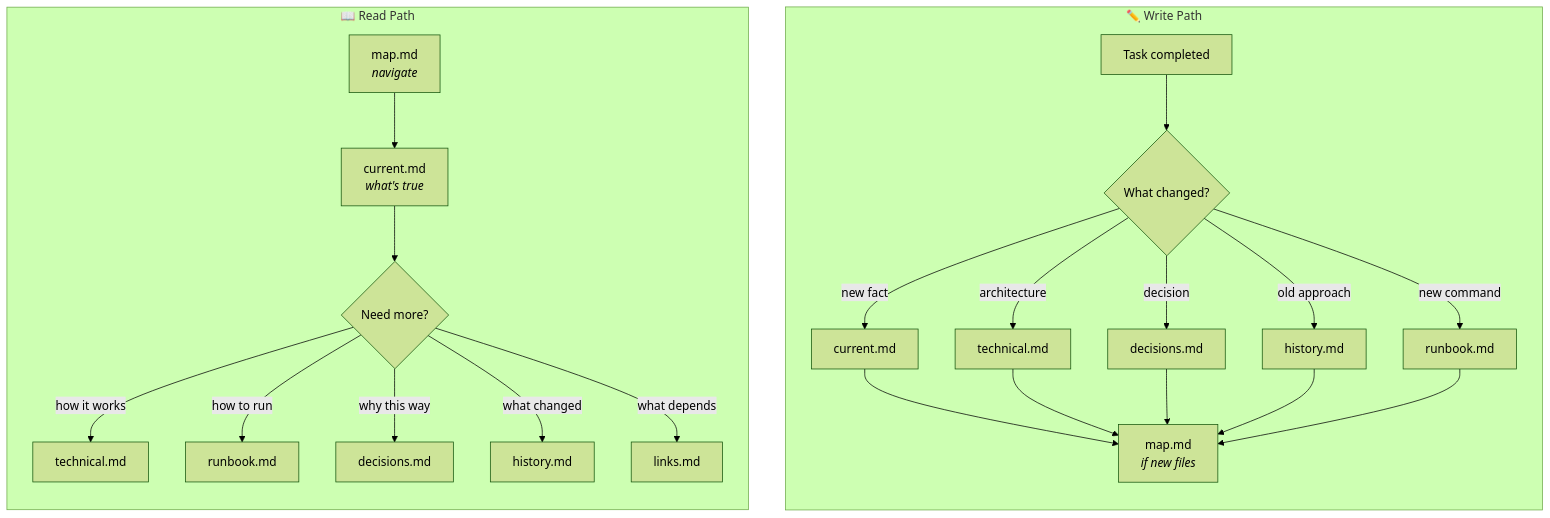
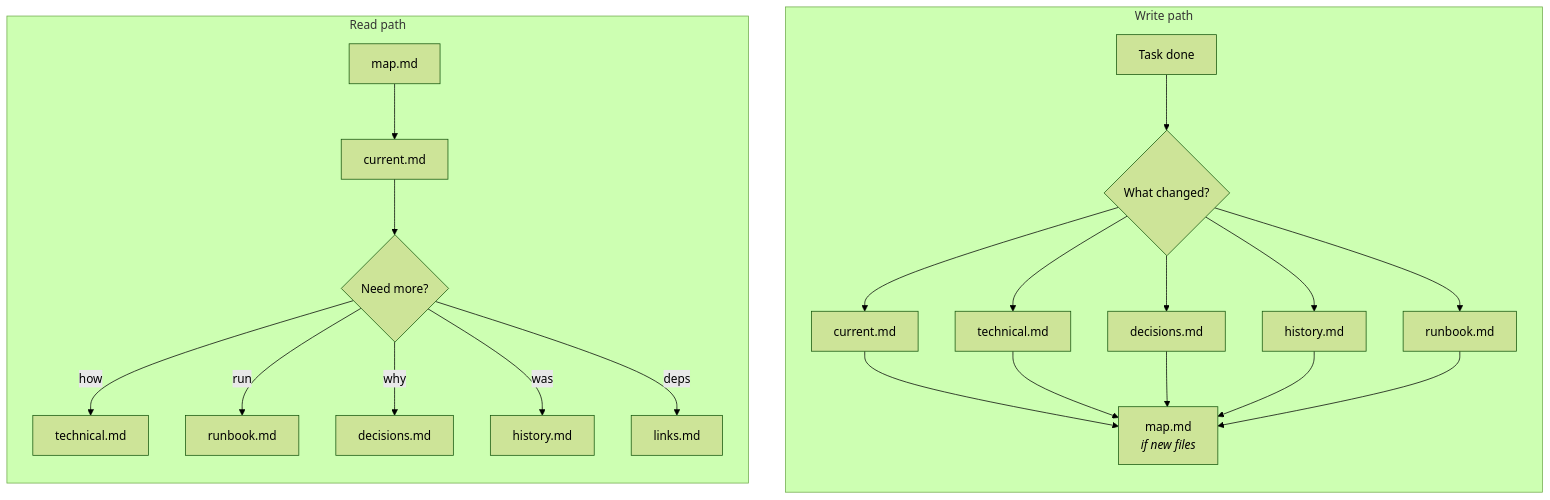
One commit to shavkunov/Second-brain changed the diagram in README.md. Above: the diagram before and after it, drawn with Mermaid (forest theme). The commit also changed other lines of this file and 7 other files, not shown here.

````diff
--- a/README.md
+++ b/README.md
@@ -55,26 +43,26 @@
 ```mermaid
 flowchart LR
-    subgraph READ["📖 Read Path"]
+    subgraph READ["Read path"]
         direction TB
-        R1["map.md<br/><i>navigate</i>"] --> R2["current.md<br/><i>what's true</i>"]
+        R1["map.md"] --> R2["current.md"]
         R2 --> R3{"Need more?"}
-        R3 -->|how it works| R4["technical.md"]
-        R3 -->|how to run| R5["runbook.md"]
-        R3 -->|why this way| R6["decisions.md"]
-        R3 -->|what changed| R7["history.md"]
-        R3 -->|what depends| R8["links.md"]
+        R3 -->|how| R4["technical.md"]
+        R3 -->|run| R5["runbook.md"]
+        R3 -->|why| R6["decisions.md"]
+        R3 -->|was| R7["history.md"]
+        R3 -->|deps| R8["links.md"]
     end
 
-    subgraph WRITE["✏️ Write Path"]
+    subgraph WRITE["Write path"]
         direction TB
-        W1["Task completed"] --> W2{"What changed?"}
-        W2 -->|new fact| W3["current.md"]
-        W2 -->|architecture| W4["technical.md"]
-        W2 -->|decision| W5["decisions.md"]
-        W2 -->|old approach| W6["history.md"]
-        W2 -->|new command| W7["runbook.md"]
+        W1["Task done"] --> W2{"What changed?"}
+        W2 --> W3["current.md"]
+        W2 --> W4["technical.md"]
+        W2 --> W5["decisions.md"]
+        W2 --> W6["history.md"]
+        W2 --> W7["runbook.md"]
         W3 & W4 & W5 & W6 & W7 --> W8["map.md<br/><i>if new files</i>"]
     end
 
     READ ~~~ WRITE
 ```
````
